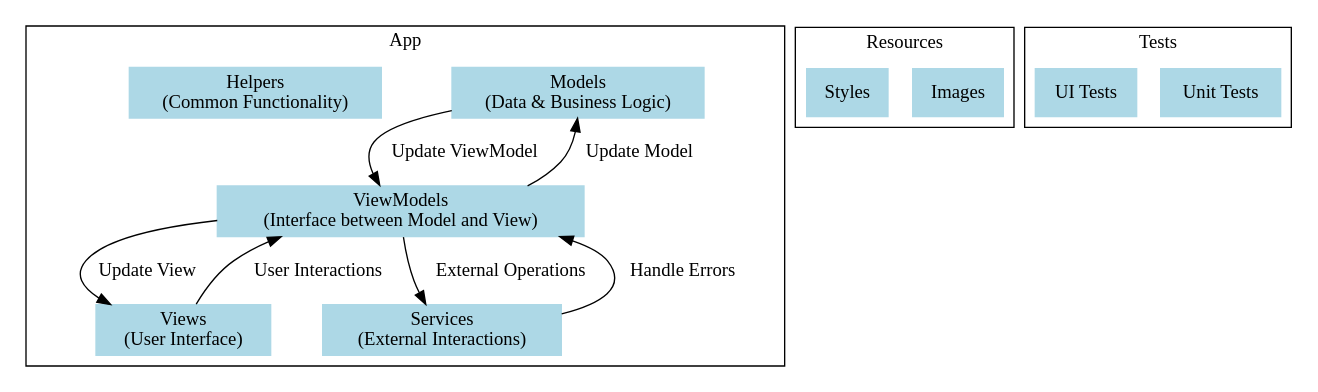
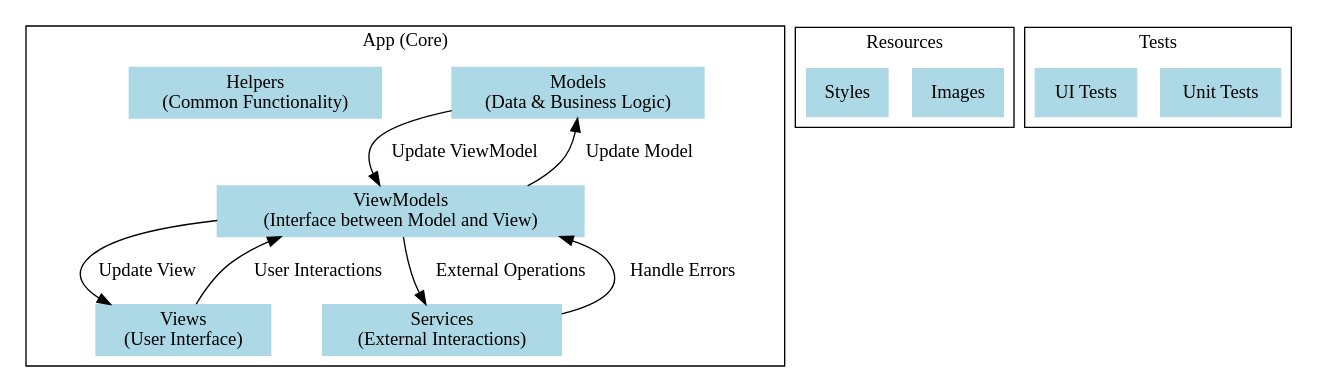
One commit to mattwebhub/DSwiss-Punk changed the diagram in docs/systems-graph.dot. Above: the diagram before and after it, drawn with Graphviz. The commit also changed 5 other files, not shown here.

```diff
--- a/docs/systems-graph.dot
+++ b/docs/systems-graph.dot
@@ -1,32 +1,32 @@
 digraph G {
   rankdir=TB;
   node [shape=box, style=filled, color=lightblue];
   
   subgraph cluster_0 {
-    label="App";
+    label="App (Core)";
     Models [label="Models\n(Data & Business Logic)"];
     Views [label="Views\n(User Interface)"];
     ViewModels [label="ViewModels\n(Interface between Model and View)"];
     Services [label="Services\n(External Interactions)"];
     Helpers [label="Helpers\n(Common Functionality)"];
   }
 
   subgraph cluster_1 {
     label="Resources";
     Images [label="Images"];
     Styles [label="Styles"];
   }
 
   subgraph cluster_2 {
     label="Tests";
     UnitTests [label="Unit Tests"];
     UITests [label="UI Tests"];
   }
 
   Views -> ViewModels [label="User Interactions"];
   ViewModels -> Models [label="Update Model"];
   Models -> ViewModels [label="Update ViewModel"];
   ViewModels -> Views [label="Update View"];
   ViewModels -> Services [label="External Operations"];
   Services -> ViewModels [label="Handle Errors"];
 }
```
